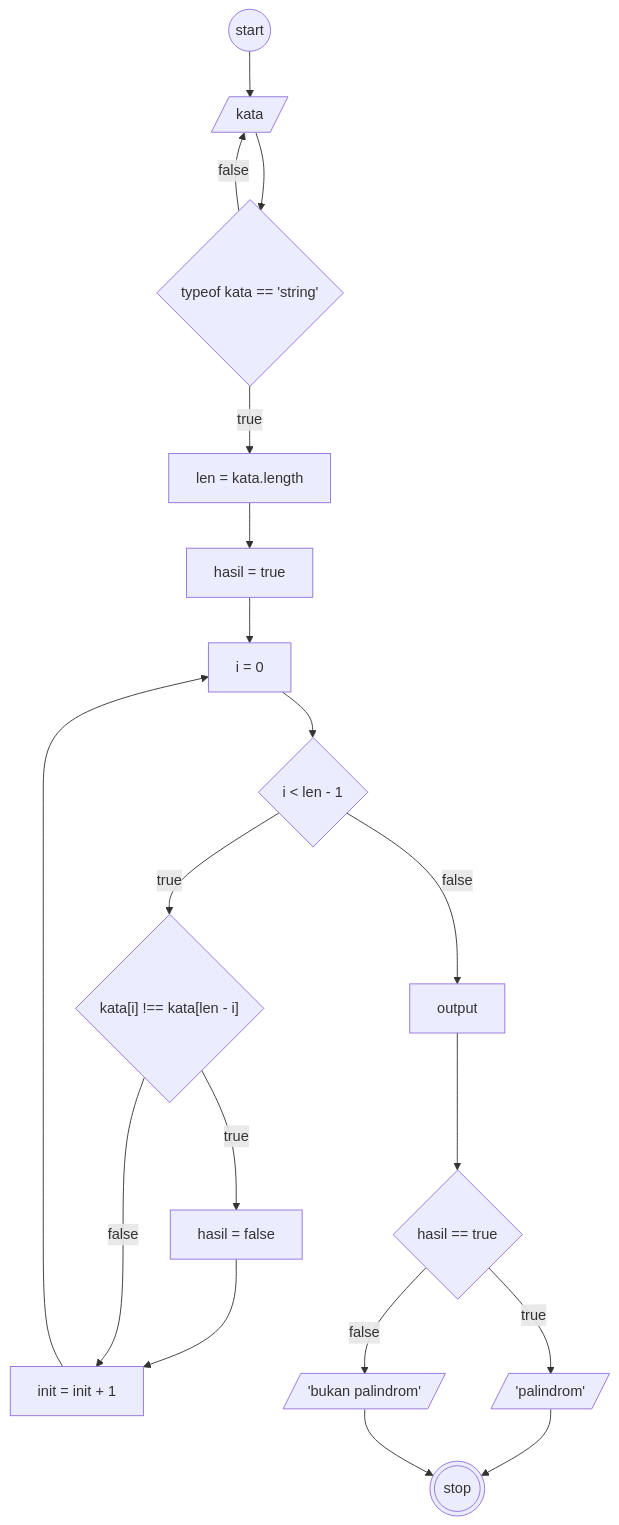
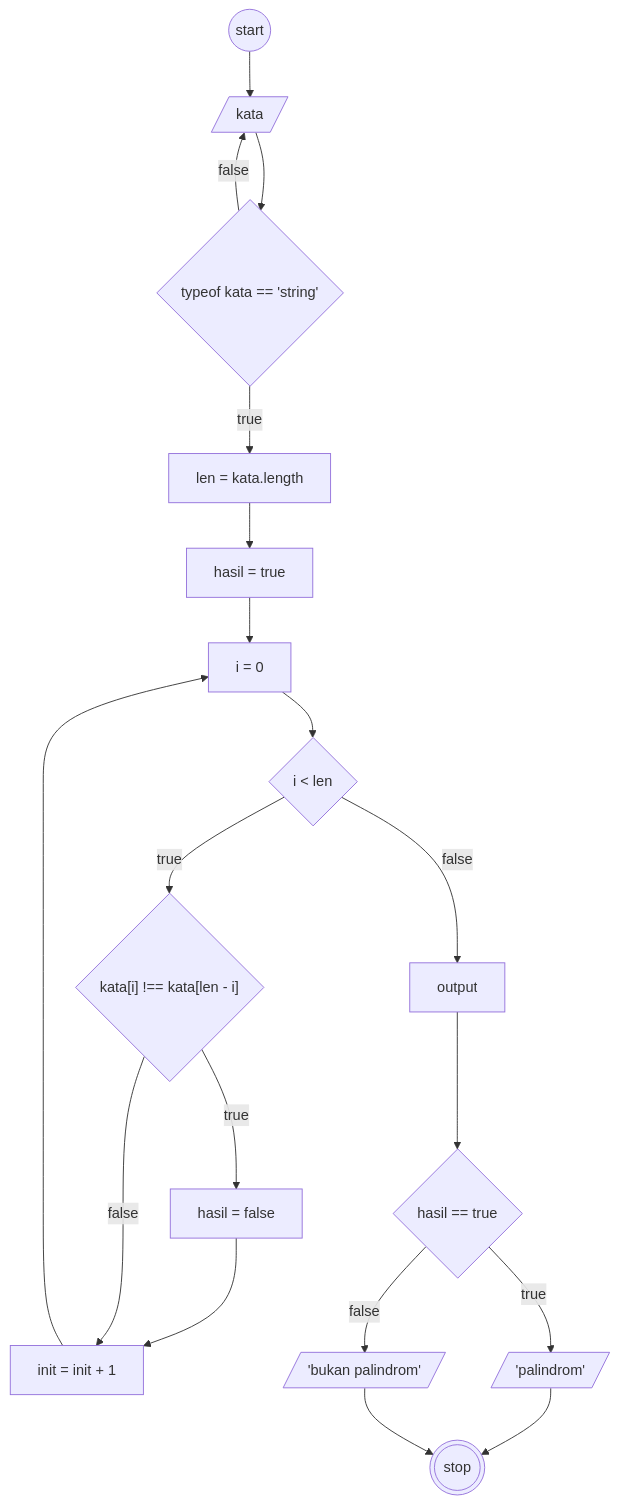
The first of 2 diagrams in 1_algoritma.md (yasirmaxstyle/fgo24-weeklytask1), drawn with Mermaid before and after one commit. The commit also changed other lines of this file, not shown here.

````diff
--- a/1_algoritma.md
+++ b/1_algoritma.md
@@ -24,39 +24,39 @@
 ```mermaid
 
 graph TD
 a((start))
 in[/kata/]
 val{typeof kata == 'string'}
 var[len = kata.length]
 res[hasil = true]
 loop[i = 0]
-conloop@{shape: diamond, label: i < len - 1}
+conloop@{shape: diamond, label: i < len}
 con@{shape: diamond, label: 'kata[i] !== kata[len - i]'}
 tr[hasil = false]
 inc[init = init + 1]
 resout[output]
 rescon{hasil == true}
 out1[/'palindrom'/]
 out2[/'bukan palindrom'/]
 x(((stop)))
 
 a --> in
 in --> val
 val --true--> var
 val --false--> in
 var --> res
 res --> loop
 loop --> conloop
 conloop --true--> con
 con --true--> tr
 tr --> inc
 inc --> loop
 con --false--> inc
 conloop --false--> resout
 resout --> rescon
 rescon --true--> out1
 rescon --false--> out2
 out1 & out2 --> x
 
 
 ```
````
